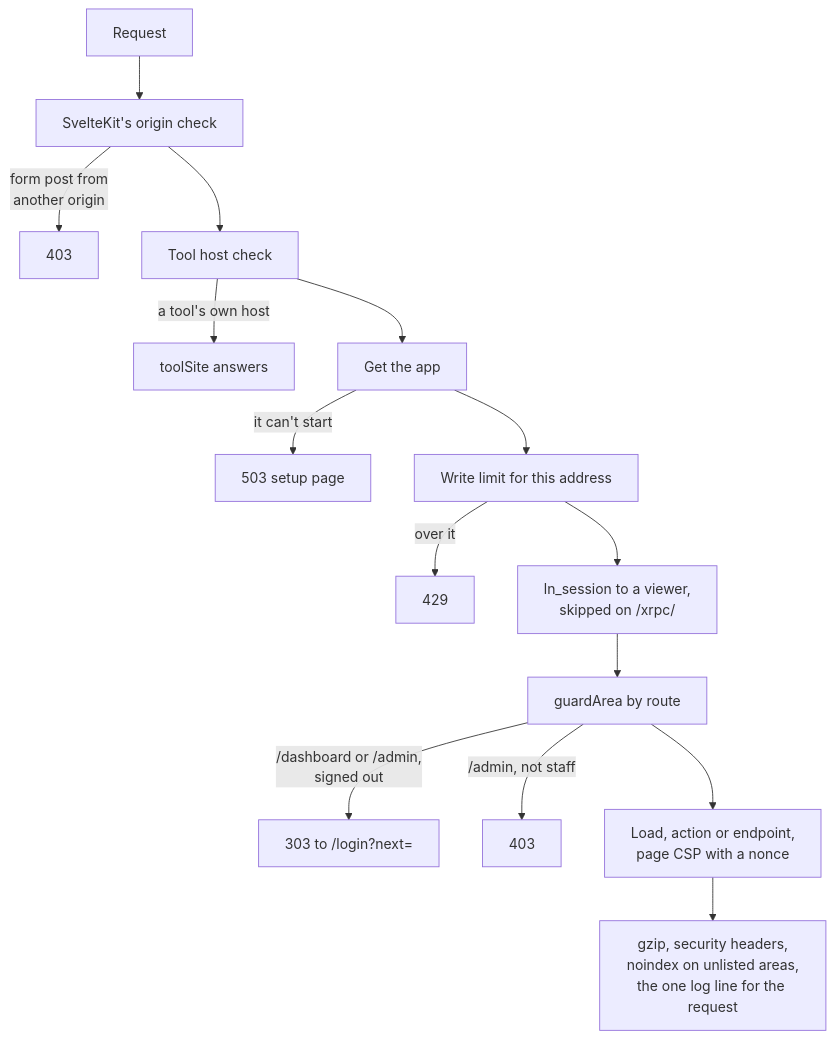
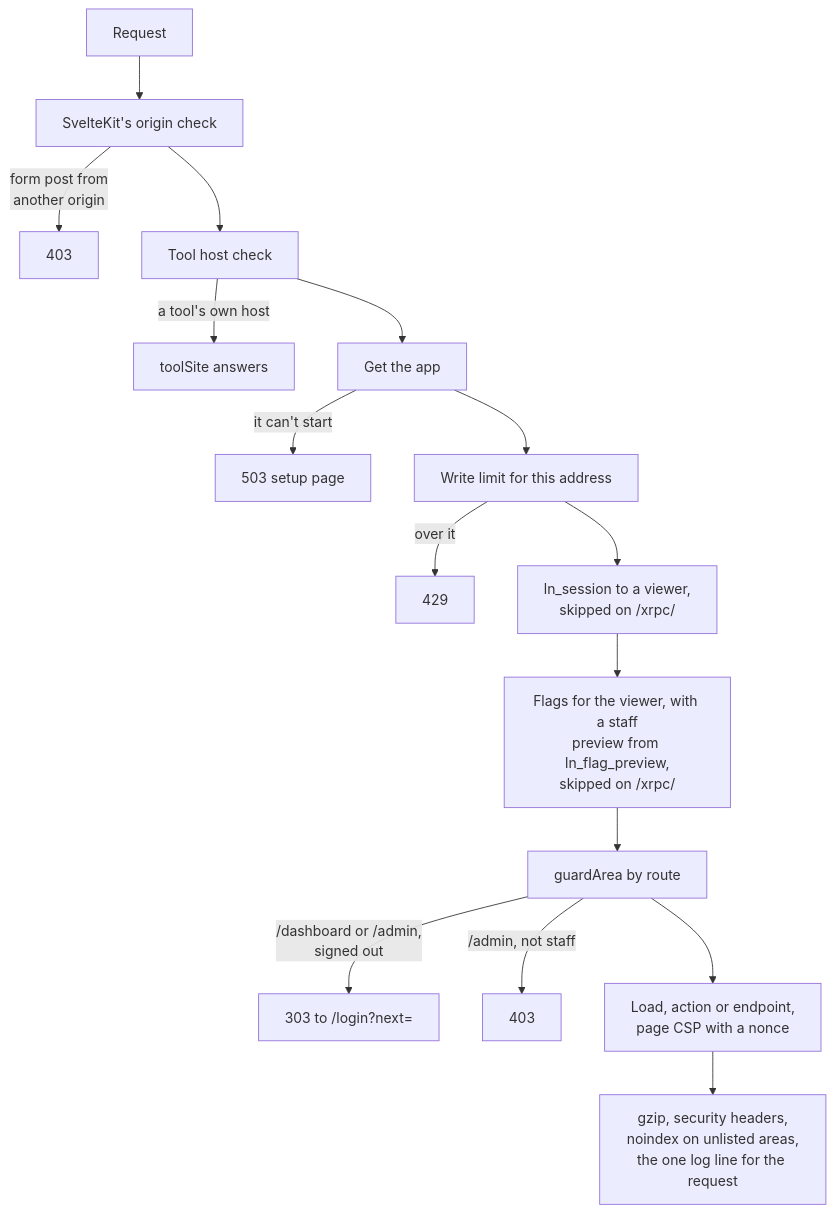
The first of 11 diagrams in apps/web/docs/diagrams/requests-and-routes.md (cutenode/localnetwork), drawn with Mermaid before and after one commit. The commit also changed other lines of this file and 8 other files, not shown here.

First line of the commit message:
docs(web): bring the diagrams in line with the code

````diff
--- a/apps/web/docs/diagrams/requests-and-routes.md
+++ b/apps/web/docs/diagrams/requests-and-routes.md
@@ -21,17 +21,18 @@
 ```mermaid
 flowchart TD
   In["Request"] --> Csrf["SvelteKit's origin check"]
   Csrf -- "form post from<br/>another origin" --> Blocked["403"]
   Csrf --> Tool["Tool host check"]
   Tool -- "a tool's own host" --> ToolSite["toolSite answers"]
   Tool --> Load["Get the app"]
   Load -- "it can't start" --> Setup["503 setup page"]
   Load --> Limit["Write limit for this address"]
   Limit -- "over it" --> Slow["429"]
   Limit --> Session["ln_session to a viewer,<br/>skipped on /xrpc/"]
-  Session --> Guard["guardArea by route"]
+  Session --> Flags["Flags for the viewer, with a staff<br/>preview from ln_flag_preview,<br/>skipped on /xrpc/"]
+  Flags --> Guard["guardArea by route"]
   Guard -- "/dashboard or /admin,<br/>signed out" --> Login["303 to /login?next="]
   Guard -- "/admin, not staff" --> Refused["403"]
   Guard --> Route["Load, action or endpoint,<br/>page CSP with a nonce"]
   Route --> Out["gzip, security headers,<br/>noindex on unlisted areas,<br/>the one log line for the request"]
 ```
````
